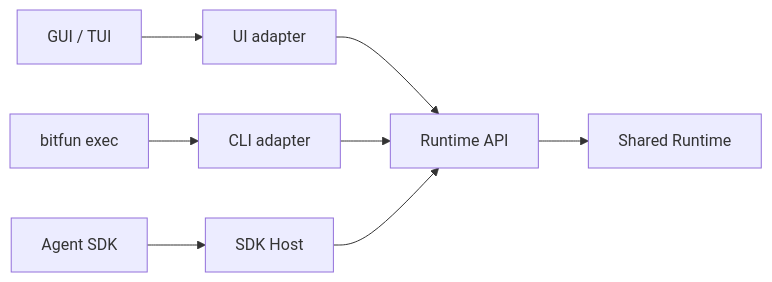
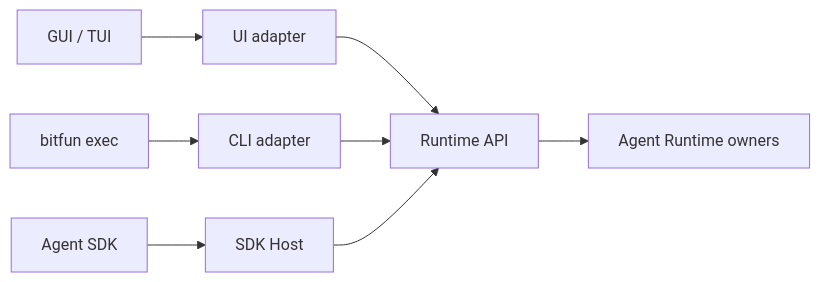
The fourth of 12 diagrams in docs/architecture/agent-sdk-product-architecture.md (1688mengdie/BitFun), drawn with Mermaid before and after one commit. The commit also changed other lines of this file and 36 other files, not shown here.

````diff
--- a/docs/architecture/agent-sdk-product-architecture.md
+++ b/docs/architecture/agent-sdk-product-architecture.md
@@ -173,10 +173,10 @@
 ```mermaid
 flowchart LR
   GUI["GUI / TUI"] --> UIA["UI adapter"]
   CLI["bitfun exec"] --> CLIA["CLI adapter"]
   SDK["Agent SDK"] --> SDKA["SDK Host"]
   UIA --> API["Runtime API"]
   CLIA --> API
   SDKA --> API
-  API --> Runtime["Shared Runtime"]
+  API --> Runtime["Agent Runtime owners"]
 ```
````
